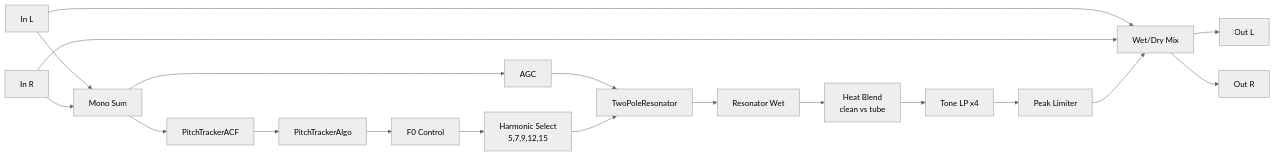
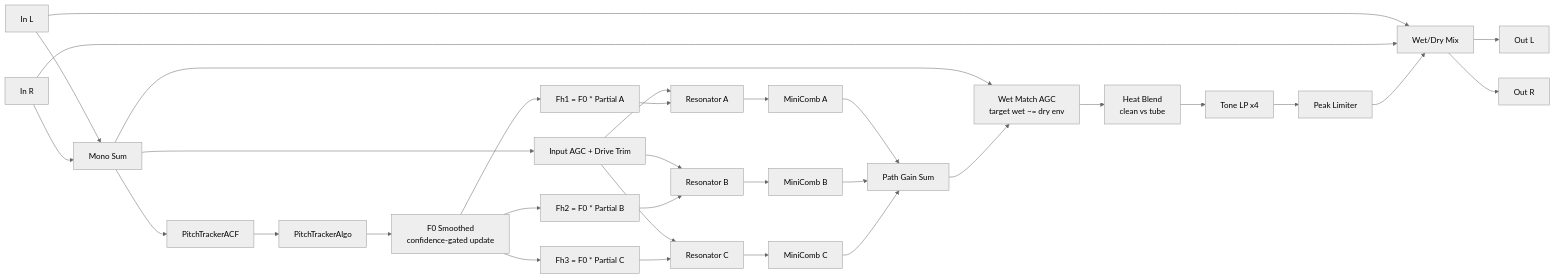
One commit to bgunnison/PinchFx changed the diagram in dspflow.md. Above: the diagram before and after it, drawn with Mermaid (neutral theme). The commit also changed other lines of this file, not shown here.

Commit message:
updated dspflow doc

````diff
--- a/dspflow.md
+++ b/dspflow.md
@@ -3,25 +3,42 @@
 ```mermaid
 flowchart LR
   INL[In L] --> SUM[Mono Sum]
   INR[In R] --> SUM
 
   SUM --> PT[PitchTrackerACF]
   PT --> PCTRL[PitchTrackerAlgo]
-  PCTRL --> F0[F0 Control]
-  F0 --> HSEL[Harmonic Select<br/>5,7,9,12,15]
+  PCTRL --> F0[F0 Smoothed<br/>confidence-gated update]
 
-  SUM --> AGC[AGC]
-  AGC --> RES[TwoPoleResonator]
-  HSEL --> RES
+  SUM --> INAGC[Input AGC + Drive Trim]
 
-  RES --> PREWET[Resonator Wet]
-  PREWET --> HEAT[Heat Blend<br/>clean vs tube]
+  F0 --> FH1[Fh1 = F0 * Partial A]
+  F0 --> FH2[Fh2 = F0 * Partial B]
+  F0 --> FH3[Fh3 = F0 * Partial C]
+
+  INAGC --> R1[Resonator A]
+  INAGC --> R2[Resonator B]
+  INAGC --> R3[Resonator C]
+  FH1 --> R1
+  FH2 --> R2
+  FH3 --> R3
+
+  R1 --> C1[MiniComb A]
+  R2 --> C2[MiniComb B]
+  R3 --> C3[MiniComb C]
+
+  C1 --> SUMP[Path Gain Sum]
+  C2 --> SUMP
+  C3 --> SUMP
+
+  SUM --> WM[Wet Match AGC<br/>target wet ~= dry env]
+  SUMP --> WM
+  WM --> HEAT[Heat Blend<br/>clean vs tube]
   HEAT --> TONE[Tone LP x4]
   TONE --> LIM[Peak Limiter]
 
   INL --> MIX[Wet/Dry Mix]
   INR --> MIX
   LIM --> MIX
   MIX --> OUTL[Out L]
   MIX --> OUTR[Out R]
 ```
````
